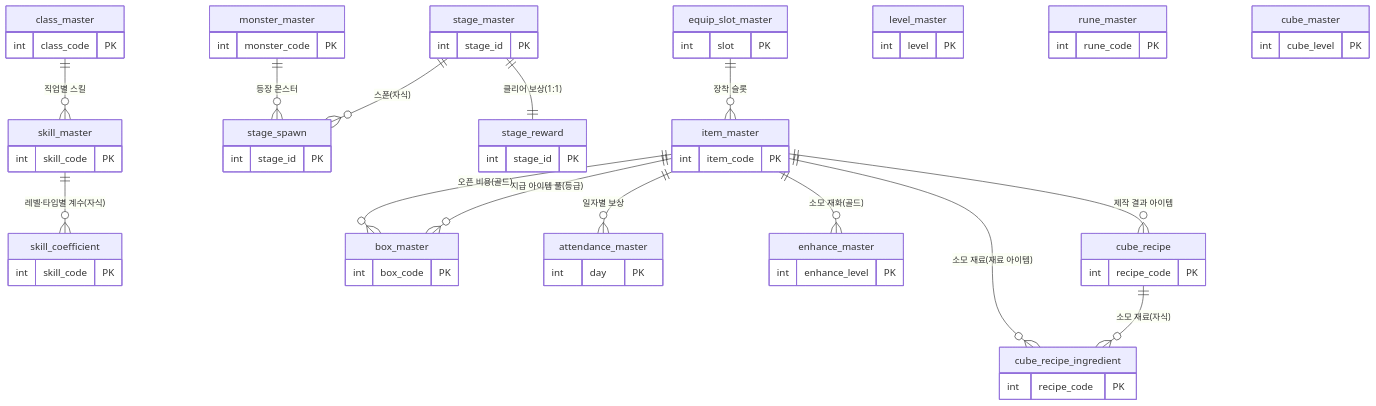
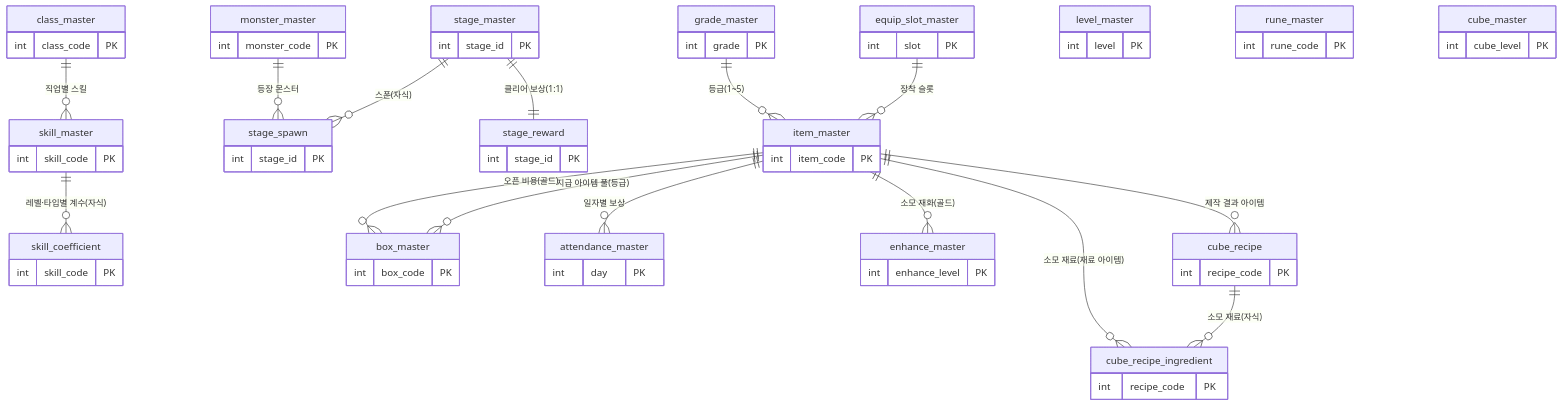
One commit to ks-wook/com2us-taskbar-hero changed the diagram in docs/세부/master-data/master-data-기획서.md. Above: the diagram before and after it, drawn with Mermaid. The commit also changed other lines of this file and 5 other files, not shown here.

````diff
--- a/docs/세부/master-data/master-data-기획서.md
+++ b/docs/세부/master-data/master-data-기획서.md
@@ -60,34 +60,36 @@
 ```mermaid
 erDiagram
     class_master     ||--o{ skill_master      : "직업별 스킬"
     skill_master     ||--o{ skill_coefficient : "레벨·타입별 계수(자식)"
     stage_master     ||--o{ stage_spawn        : "스폰(자식)"
     monster_master   ||--o{ stage_spawn        : "등장 몬스터"
     stage_master     ||--|| stage_reward       : "클리어 보상(1:1)"
     item_master      ||--o{ box_master         : "지급 아이템 풀(등급)"
     item_master      ||--o{ attendance_master  : "일자별 보상"
     equip_slot_master||--o{ item_master        : "장착 슬롯"
+    grade_master     ||--o{ item_master        : "등급(1~5)"
     item_master      ||--o{ enhance_master     : "소모 재화(골드)"
     item_master      ||--o{ box_master         : "오픈 비용(골드)"
     cube_recipe      ||--o{ cube_recipe_ingredient : "소모 재료(자식)"
     item_master      ||--o{ cube_recipe        : "제작 결과 아이템"
     item_master      ||--o{ cube_recipe_ingredient : "소모 재료(재료 아이템)"
 
     class_master { int class_code PK }
     level_master { int level PK }
     item_master { int item_code PK }
     equip_slot_master { int slot PK }
+    grade_master { int grade PK }
     enhance_master { int enhance_level PK }
     skill_master { int skill_code PK }
     skill_coefficient { int skill_code PK }
     rune_master { int rune_code PK }
     monster_master { int monster_code PK }
     stage_master { int stage_id PK }
     stage_spawn { int stage_id PK }
     stage_reward { int stage_id PK }
     cube_master { int cube_level PK }
     cube_recipe { int recipe_code PK }
     cube_recipe_ingredient { int recipe_code PK }
     box_master { int box_code PK }
     attendance_master { int day PK }
 ```
````
